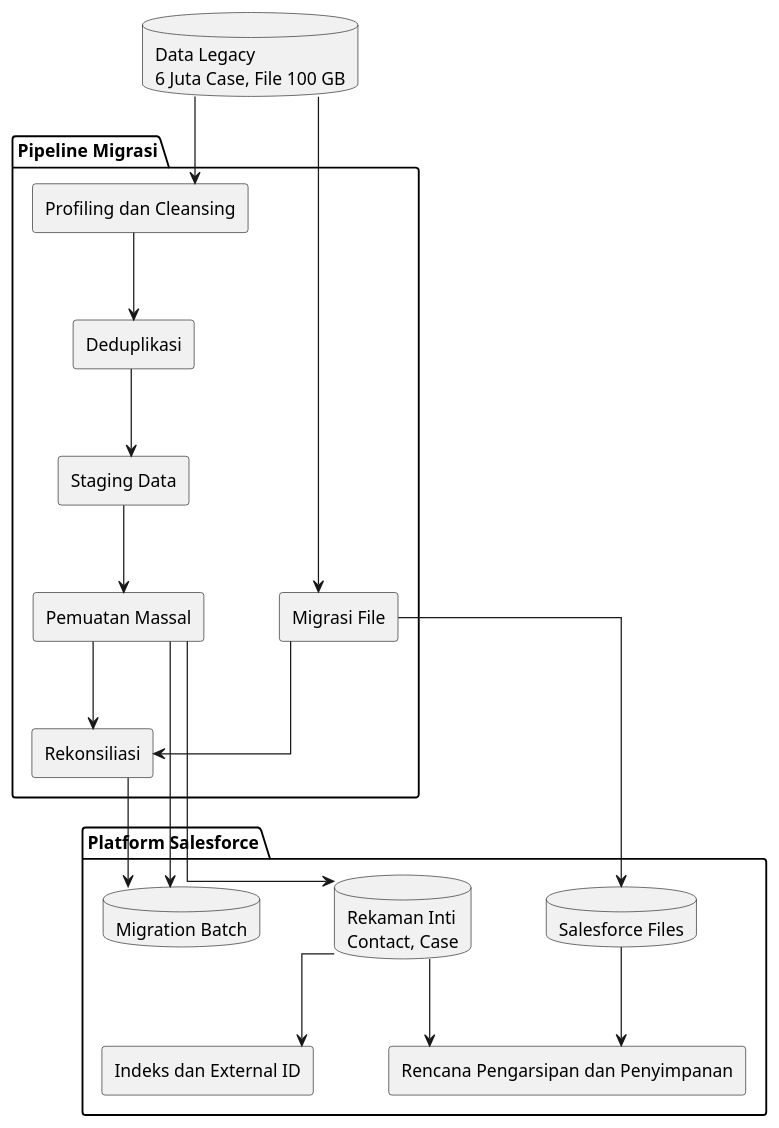
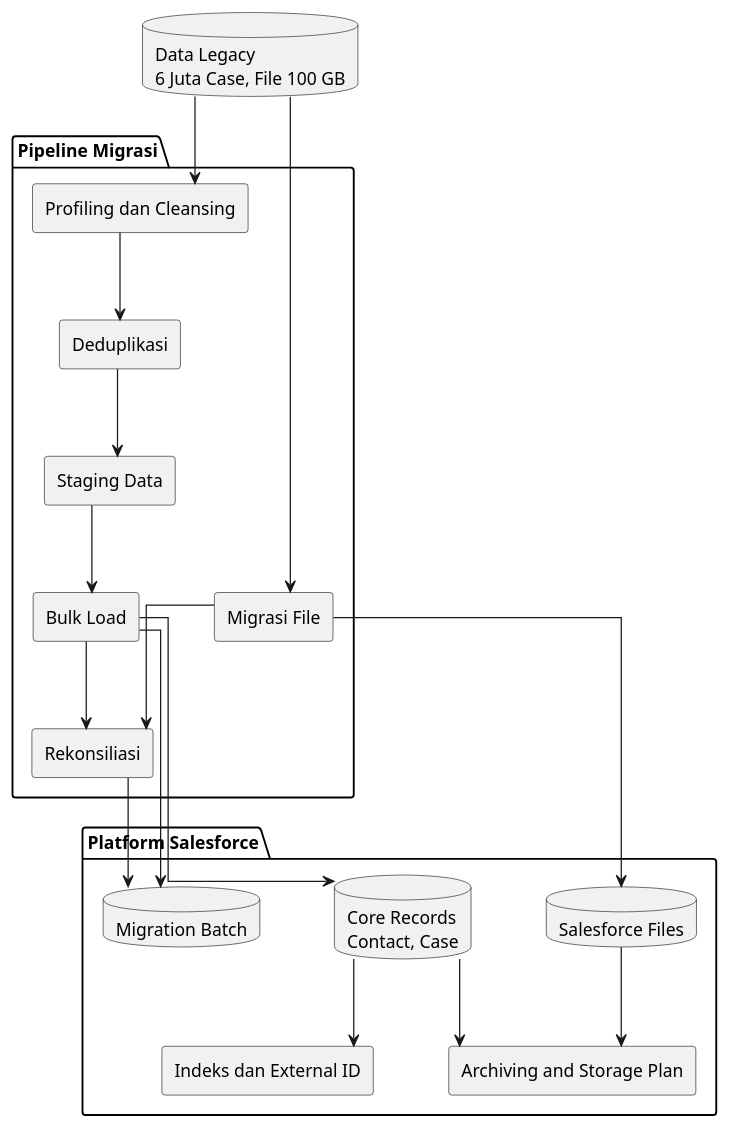
Before and after one commit to jimmytobing/virtusa: diagram 23 of 26 in doc/SADD Task 2 - Bahasa Indonesia.md, drawn with PlantUML. The commit also changed other lines of this file, not shown here.

````diff
--- a/doc/SADD Task 2 - Bahasa Indonesia.md
+++ b/doc/SADD Task 2 - Bahasa Indonesia.md
@@ -1518,45 +1520,45 @@
 ```plantuml
 @startuml
 skinparam componentStyle rectangle
 skinparam linetype ortho
 skinparam nodesep 60
 skinparam ranksep 70
 
 database "Data Legacy\n6 Juta Case, File 100 GB" as LegacyData
 
 package "Pipeline Migrasi" {
   [Profiling dan Cleansing] as ProfileCleanse
   [Deduplikasi] as Deduplicate
   [Staging Data] as StageData
-  [Pemuatan Massal] as BulkLoad
+  [Bulk Load] as BulkLoad
   [Migrasi File] as FileMigration
   [Rekonsiliasi] as Reconcile
 }
 
 package "Platform Salesforce" {
-  database "Rekaman Inti\nContact, Case" as CoreRecords
+  database "Core Records\nContact, Case" as CoreRecords
   database "Salesforce Files" as Files
   database "Migration Batch" as MigrationBatch
   [Indeks dan External ID] as Indexes
-  [Rencana Pengarsipan dan Penyimpanan] as StoragePlan
+  [Archiving and Storage Plan] as StoragePlan
 }
 
 LegacyData --> ProfileCleanse
 ProfileCleanse --> Deduplicate
 Deduplicate --> StageData
 StageData --> BulkLoad
 LegacyData --> FileMigration
 
 BulkLoad --> CoreRecords
 BulkLoad --> MigrationBatch
 FileMigration --> Files
 FileMigration --> Reconcile
 BulkLoad --> Reconcile
 Reconcile --> MigrationBatch
 
 CoreRecords --> Indexes
 CoreRecords --> StoragePlan
 Files --> StoragePlan
 
 @enduml
 ```
````
